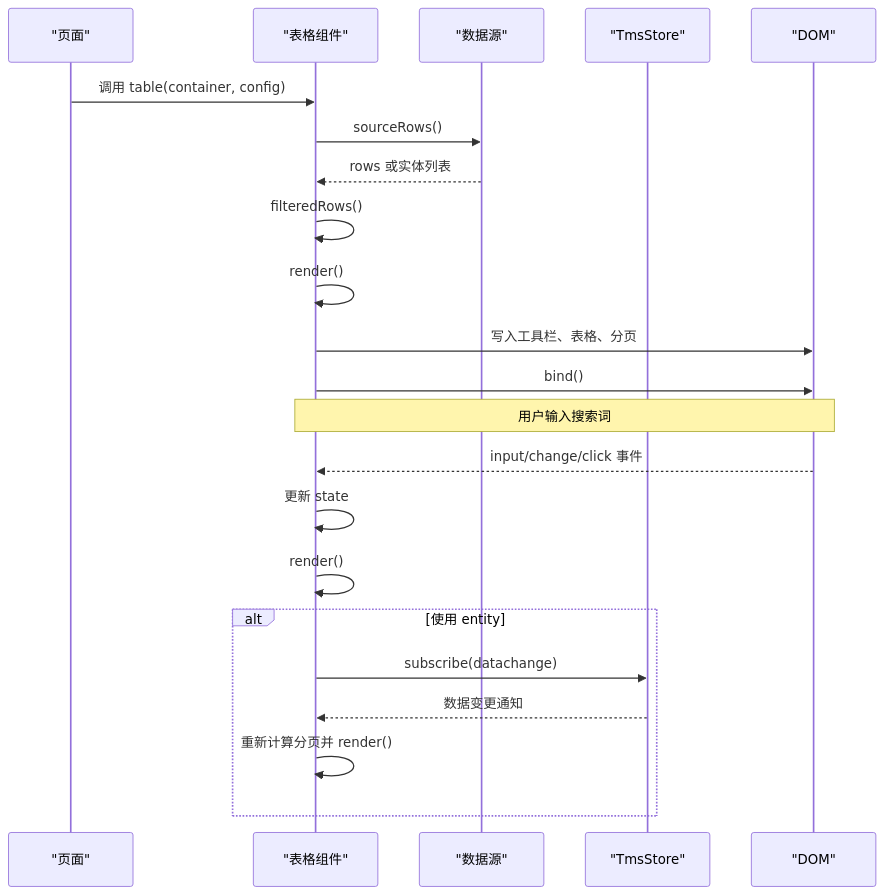
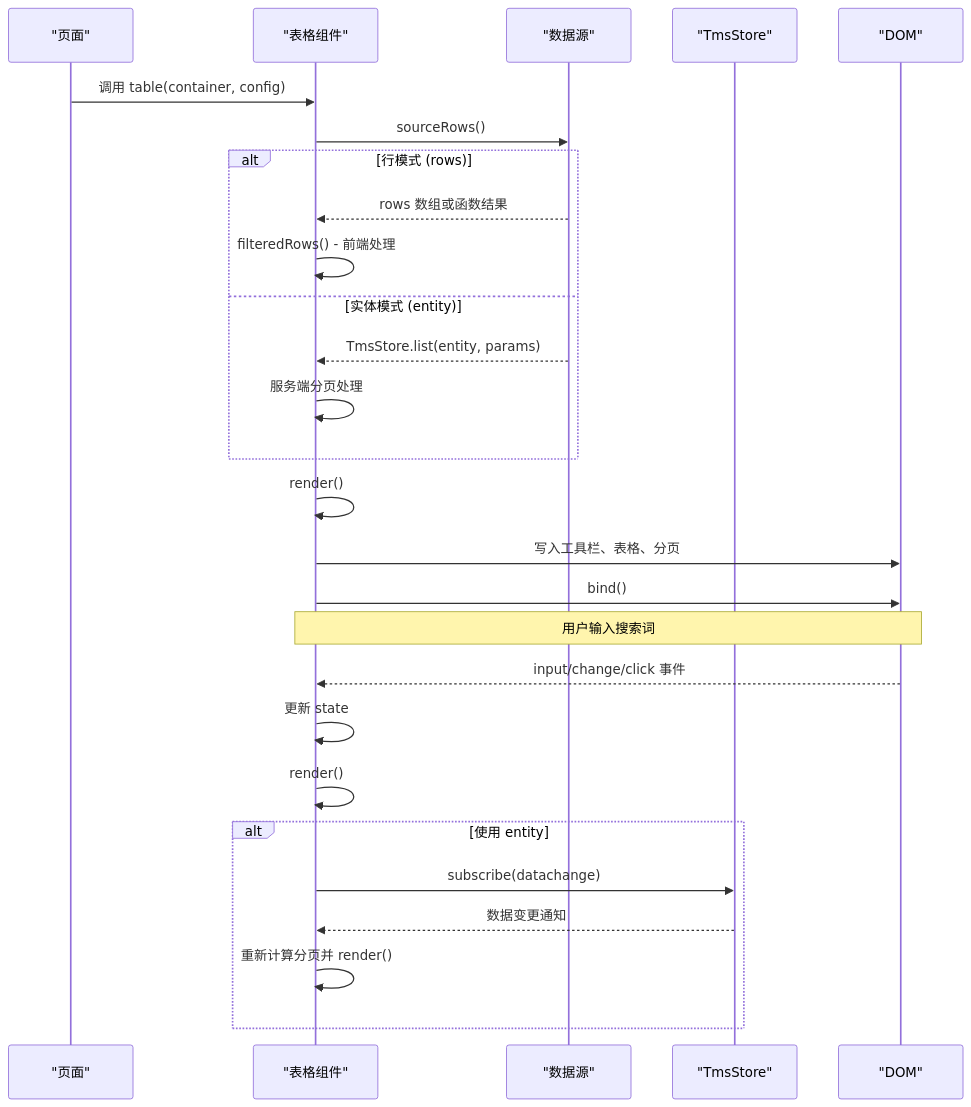
The second of 6 diagrams in .qoder/repowiki/zh/content/核心模块详解/UI组件库(TmsUI)/表格组件.md (PengLine/blog-tms), drawn with Mermaid before and after one commit. The commit also changed other lines of this file and 119 other files, not shown here.

````diff
--- a/.qoder/repowiki/zh/content/核心模块详解/UI组件库(TmsUI)/表格组件.md
+++ b/.qoder/repowiki/zh/content/核心模块详解/UI组件库(TmsUI)/表格组件.md
@@ -101,24 +114,29 @@
 ```mermaid
 sequenceDiagram
 participant Page as "页面"
 participant Table as "表格组件"
 participant Source as "数据源"
 participant Store as "TmsStore"
 participant DOM as "DOM"
 Page->>Table : 调用 table(container, config)
 Table->>Source : sourceRows()
-Source-->>Table : rows 或实体列表
-Table->>Table : filteredRows()
+alt 行模式 (rows)
+Source-->>Table : rows 数组或函数结果
+Table->>Table : filteredRows() - 前端处理
+else 实体模式 (entity)
+Source-->>Table : TmsStore.list(entity, params)
+Table->>Table : 服务端分页处理
+end
 Table->>Table : render()
 Table->>DOM : 写入工具栏、表格、分页
 Table->>DOM : bind()
 Note over Table,DOM : 用户输入搜索词
 DOM-->>Table : input/change/click 事件
 Table->>Table : 更新 state
 Table->>Table : render()
 alt 使用 entity
 Table->>Store : subscribe(datachange)
 Store-->>Table : 数据变更通知
 Table->>Table : 重新计算分页并 render()
 end
 ```
````
